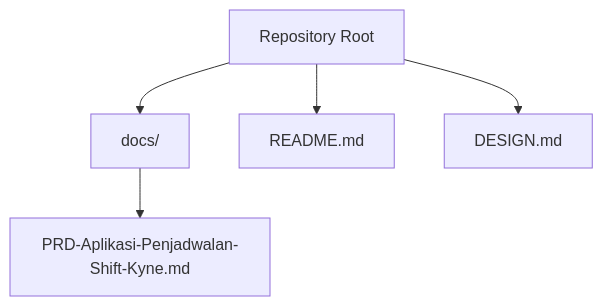
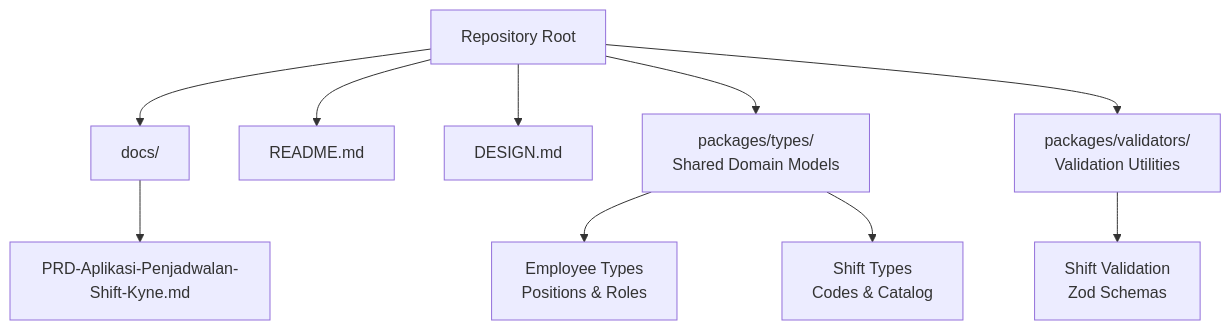
The first of 12 diagrams in .qoder/repowiki/en/content/Product Requirements Document/Product Requirements Document.md (epo33m/scheduling), drawn with Mermaid before and after one commit. The commit also changed other lines of this file and 50 other files, not shown here.

````diff
--- a/.qoder/repowiki/en/content/Product Requirements Document/Product Requirements Document.md
+++ b/.qoder/repowiki/en/content/Product Requirements Document/Product Requirements Document.md
@@ -47,7 +59,12 @@
 ```mermaid
 graph TB
 Repo["Repository Root"] --> Docs["docs/"]
 Docs --> PRD["PRD-Aplikasi-Penjadwalan-Shift-Kyne.md"]
 Repo --> Readme["README.md"]
 Repo --> Design["DESIGN.md"]
+Repo --> Types["packages/types/<br/>Shared Domain Models"]
+Repo --> Validators["packages/validators/<br/>Validation Utilities"]
+Types --> EmployeeTypes["Employee Types<br/>Positions & Roles"]
+Types --> ShiftTypes["Shift Types<br/>Codes & Catalog"]
+Validators --> ShiftValidators["Shift Validation<br/>Zod Schemas"]
 ```
````
